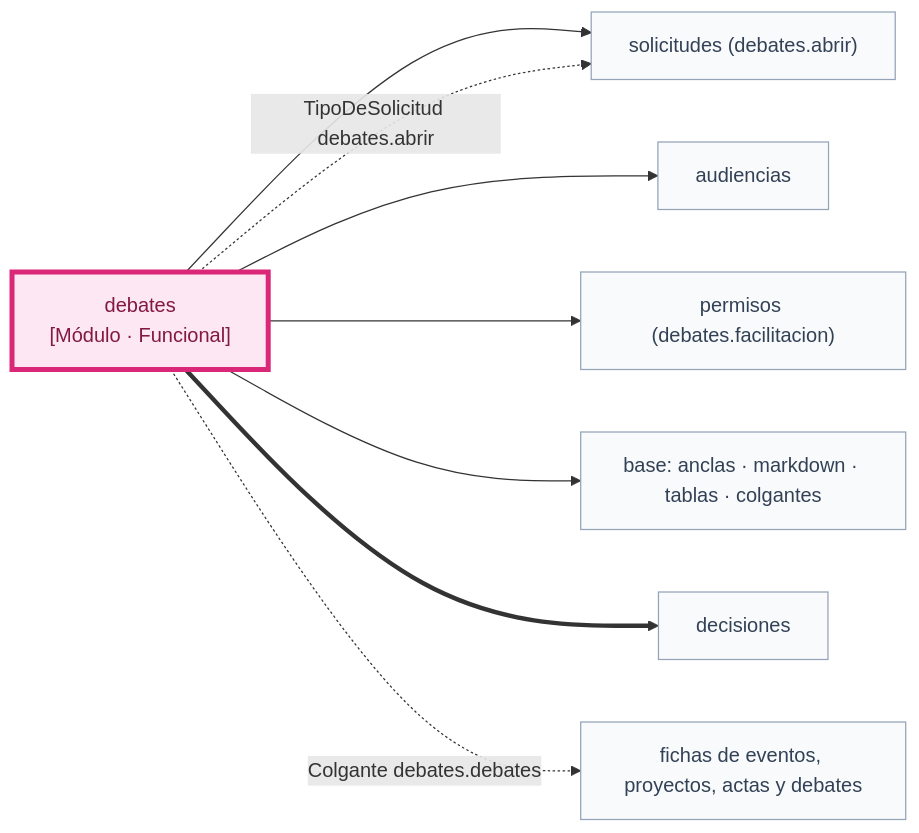
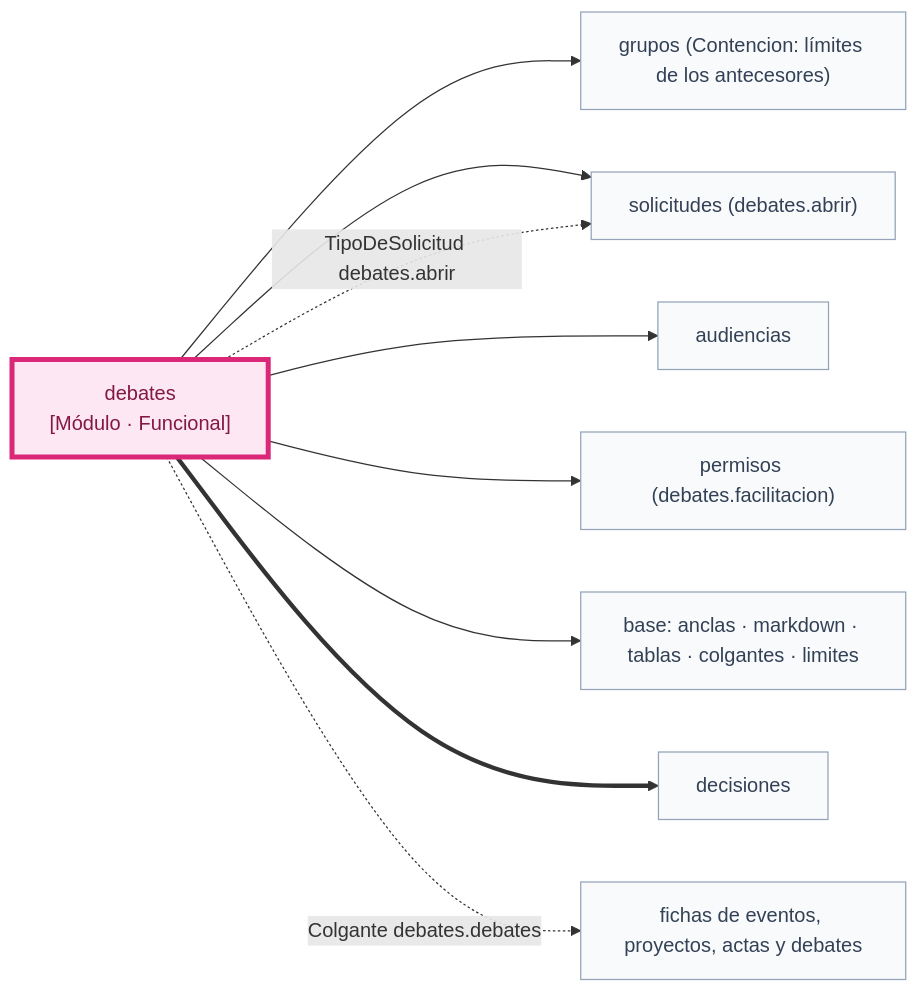
Diagram 30 of 39 in docs/arquitectura.md (chemabc/groupy), drawn with Mermaid before and after one commit. The commit also changed other lines of this file and 34 other files, not shown here.

First line of the commit message:
Límites en cascada (plataforma, organización, grupo y debate o documento), documentos en Markdown o Typst y opciones de cada documento

````diff
--- a/docs/arquitectura.md
+++ b/docs/arquitectura.md
@@ -894,19 +894,21 @@
 ```mermaid
 flowchart LR
   classDef yo fill:#fce7f3,stroke:#db2777,stroke-width:4px,color:#831843
   classDef otro fill:#f8fafc,stroke:#94a3b8,color:#334155
   deb["debates<br/>[Módulo · Funcional]"]:::yo
   sol["solicitudes (debates.abrir)"]:::otro
   aud["audiencias"]:::otro
   per["permisos (debates.facilitacion)"]:::otro
-  bas["base: anclas · markdown · tablas · colgantes"]:::otro
+  bas["base: anclas · markdown · tablas · colgantes · limites"]:::otro
+  gru["grupos (Contencion: límites de los antecesores)"]:::otro
   dec["decisiones"]:::otro
   fichas["fichas de eventos, proyectos, actas y debates"]:::otro
+  deb --> gru
   deb --> sol
   deb --> aud
   deb --> per
   deb --> bas
   deb -. "TipoDeSolicitud debates.abrir" .-> sol
   deb ==> dec
   deb -. "Colgante debates.debates" .-> fichas
 ```
````
